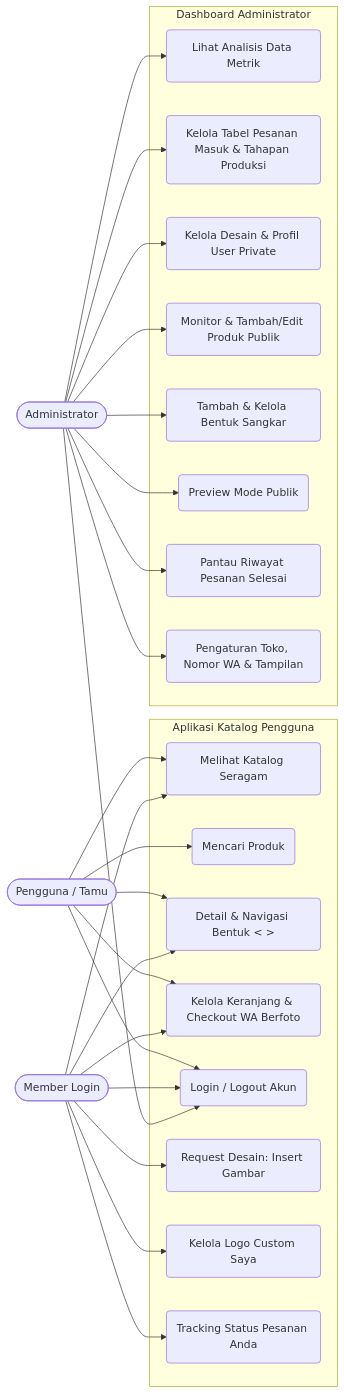
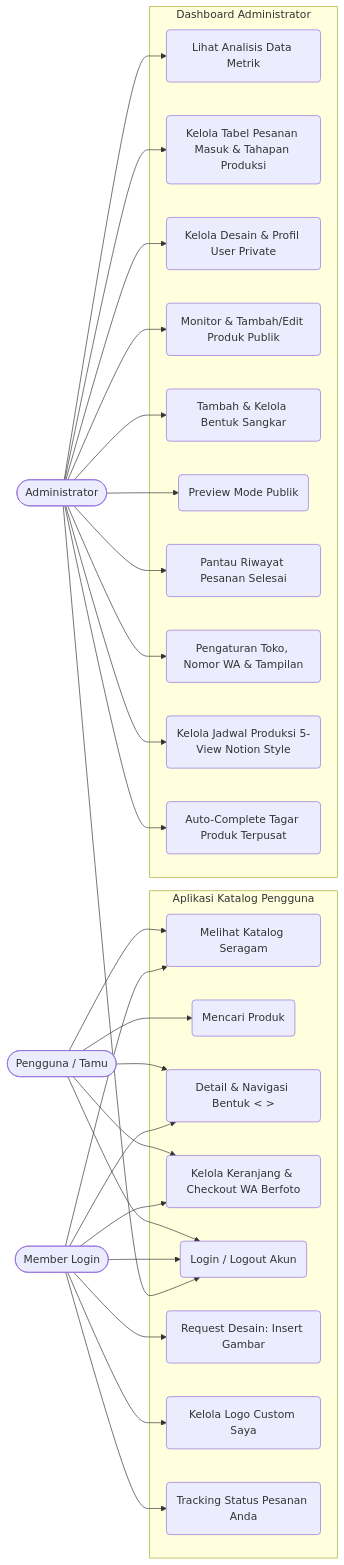
Before and after one commit to Dav2257/katalog: the first of 2 diagrams in dokumen/planing/spesifikasi_projek.md, drawn with Mermaid. The commit also changed other lines of this file and 21 other files, not shown here.

````diff
--- a/dokumen/planing/spesifikasi_projek.md
+++ b/dokumen/planing/spesifikasi_projek.md
@@ -53,52 +55,56 @@
 ```mermaid
 flowchart LR
     User([Pengguna / Tamu])
     Member([Member Login])
     Admin([Administrator])
 
     subgraph Aplikasi Katalog Pengguna
         UC1(Melihat Katalog Seragam)
         UC2(Mencari Produk)
         UC3(Detail & Navigasi Bentuk < >)
         UC4(Kelola Keranjang & Checkout WA Berfoto)
         UC5(Login / Logout Akun)
         UC6(Request Desain: Insert Gambar)
         UC7(Kelola Logo Custom Saya)
         UC8(Tracking Status Pesanan Anda)
     end
 
     subgraph Dashboard Administrator
         UC9(Lihat Analisis Data Metrik)
         UC10(Kelola Tabel Pesanan Masuk & Tahapan Produksi)
         UC11(Kelola Desain & Profil User Private)
         UC12(Monitor & Tambah/Edit Produk Publik)
         UC13(Tambah & Kelola Bentuk Sangkar)
         UC14(Preview Mode Publik)
         UC15(Pantau Riwayat Pesanan Selesai)
         UC16(Pengaturan Toko, Nomor WA & Tampilan)
+        UC17(Kelola Jadwal Produksi 5-View Notion Style)
+        UC18(Auto-Complete Tagar Produk Terpusat)
     end
 
     User --> UC1
     User --> UC2
     User --> UC3
     User --> UC4
     User --> UC5
 
     Member --> UC1
     Member --> UC3
     Member --> UC4
     Member --> UC5
     Member --> UC6
     Member --> UC7
     Member --> UC8
 
     Admin --> UC5
     Admin --> UC9
     Admin --> UC10
     Admin --> UC11
     Admin --> UC12
     Admin --> UC13
     Admin --> UC14
     Admin --> UC15
     Admin --> UC16
+    Admin --> UC17
+    Admin --> UC18
 ```
````
